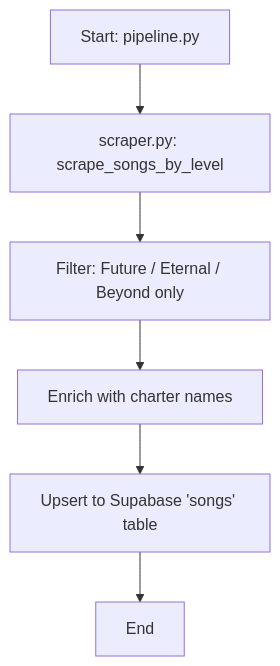
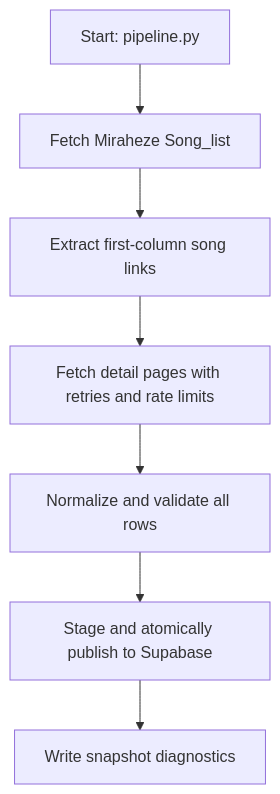
Before and after one commit to rtrin/arcaeacharts: the diagram in data-pipeline/README.md, drawn with Mermaid. The commit also changed other lines of this file and 10 other files, not shown here.

Commit message:
feat: rebuild reliable Miraheze song sync

````diff
--- a/data-pipeline/README.md
+++ b/data-pipeline/README.md
@@ -13,8 +17,9 @@
 ```mermaid
 graph TD
-    A[Start: pipeline.py] --> B[scraper.py: scrape_songs_by_level]
-    B --> C[Filter: Future / Eternal / Beyond only]
-    C --> D[Enrich with charter names]
-    D --> E[Upsert to Supabase 'songs' table]
-    E --> F[End]
+    A[Start: pipeline.py] --> B[Fetch Miraheze Song_list]
+    B --> C[Extract first-column song links]
+    C --> D[Fetch detail pages with retries and rate limits]
+    D --> E[Normalize and validate all rows]
+    E --> F[Stage and atomically publish to Supabase]
+    F --> G[Write snapshot diagnostics]
 ```
````
